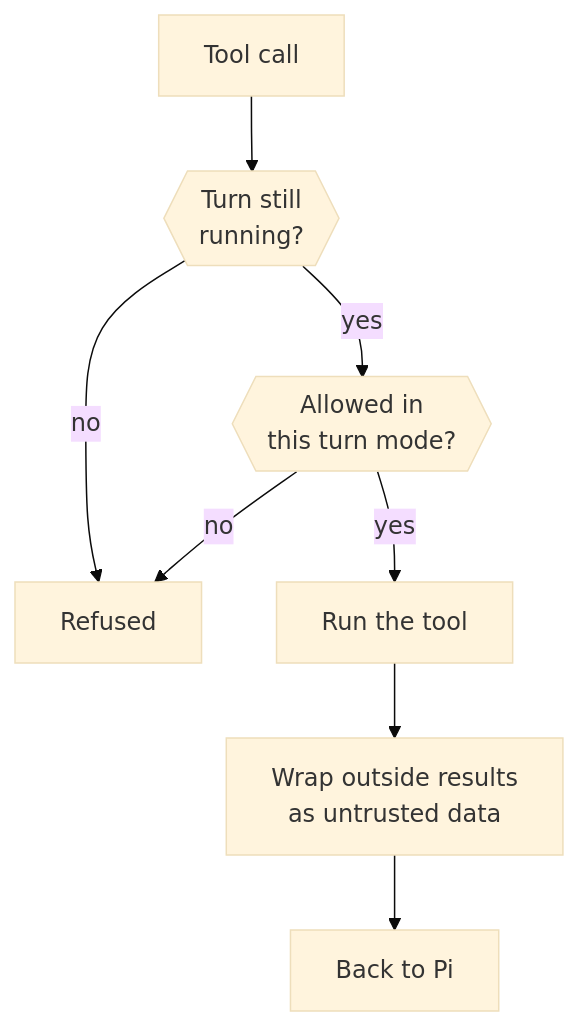
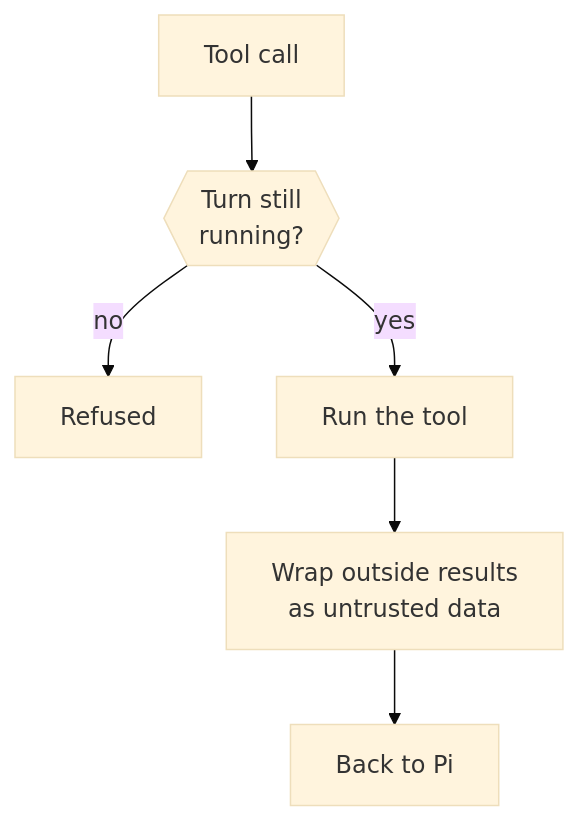
Before and after one commit to KrishBhimani/nod: the diagram in docs/src/content/docs/how-it-works/agent-runtime.md, drawn with Mermaid (base theme). The commit also changed other lines of this file and 123 other files, not shown here.

````diff
--- a/docs/src/content/docs/how-it-works/agent-runtime.md
+++ b/docs/src/content/docs/how-it-works/agent-runtime.md
@@ -74,10 +71,8 @@
 ```mermaid
 flowchart TD
   call[Tool call] --> live{{Turn still<br/>running?}}
   live -- no --> refuse[Refused]:::stop
-  live -- yes --> mode{{Allowed in<br/>this turn mode?}}
-  mode -- no --> refuse
-  mode -- yes --> run[Run the tool]:::go
+  live -- yes --> run[Run the tool]:::go
   run --> wrap[Wrap outside results<br/>as untrusted data]
   wrap --> pi[Back to Pi]:::accent
 ```
````
